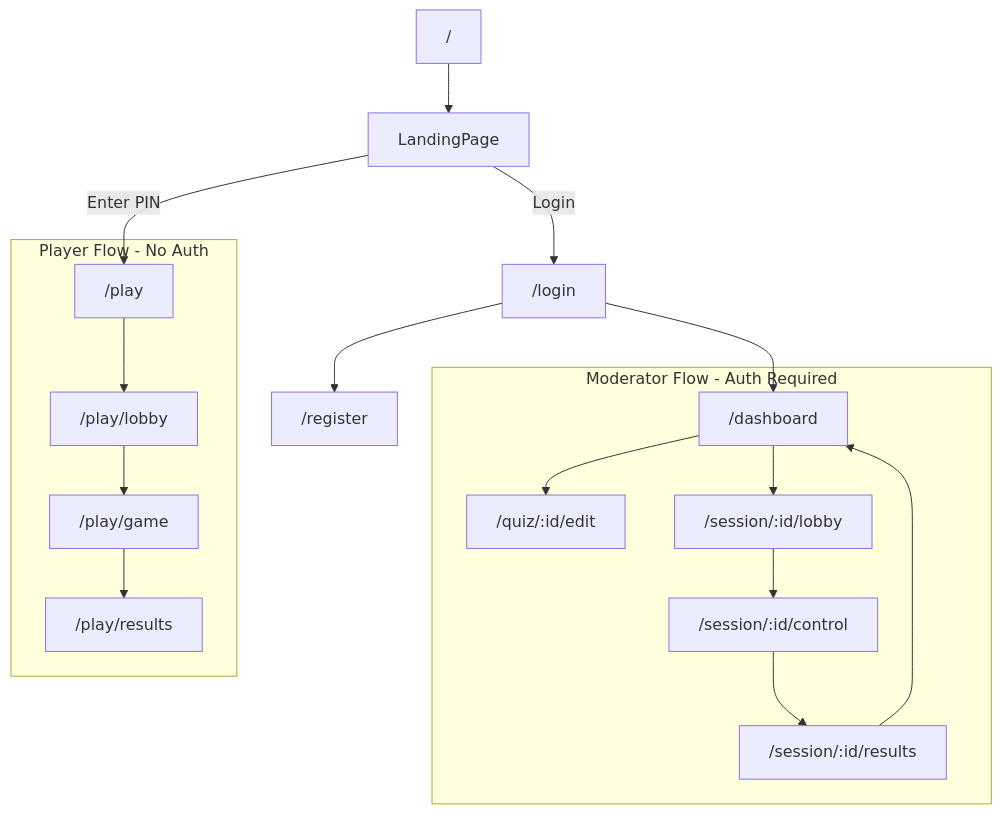
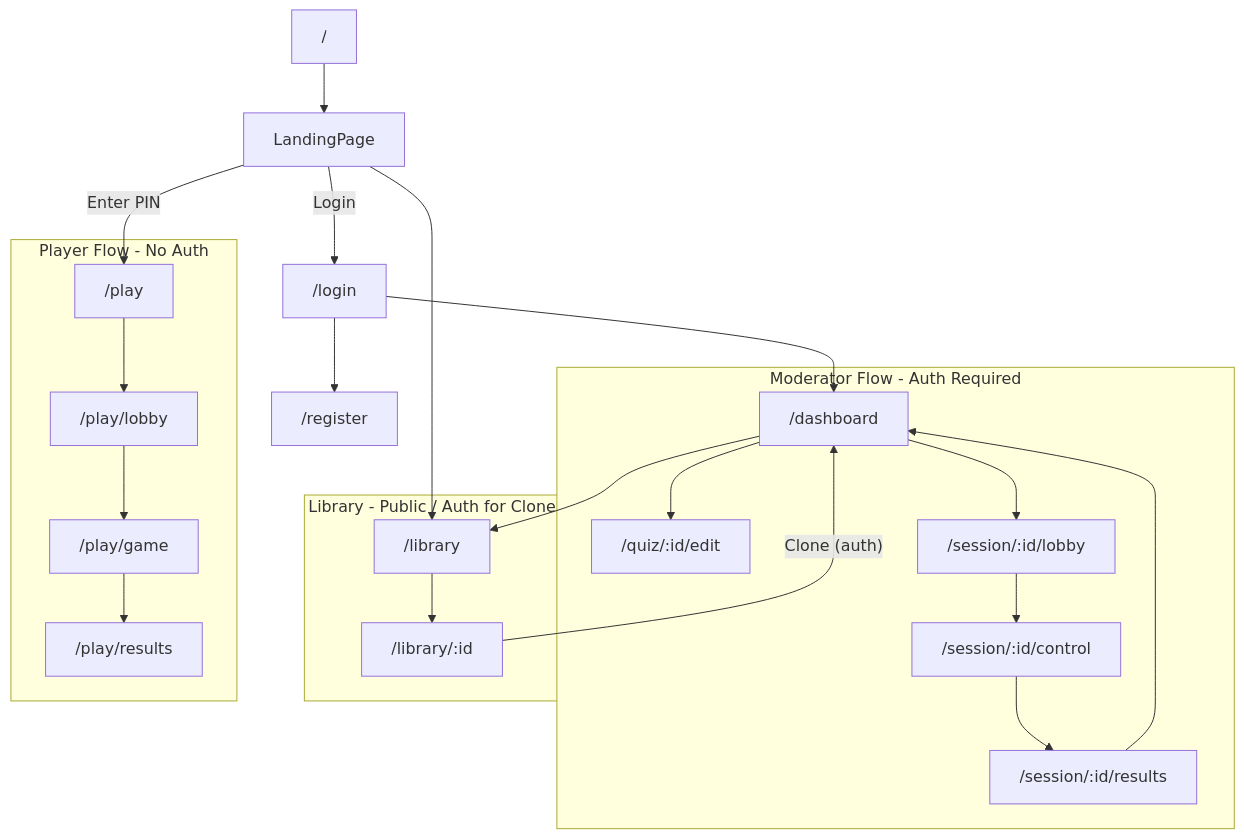
The fifth of 5 diagrams in docs/Architektur.md (anshamray/Answr), drawn with Mermaid before and after one commit. The commit also changed other lines of this file and 33 other files, not shown here.

````diff
--- a/docs/Architektur.md
+++ b/docs/Architektur.md
@@ -275,33 +313,42 @@
 ```mermaid
 flowchart TD
   Root["/"] --> Landing["LandingPage"]
   Landing -->|"Enter PIN"| PlayerJoin["/play"]
   Landing -->|"Login"| Login["/login"]
   Login --> Register["/register"]
 
   subgraph mod [Moderator Flow - Auth Required]
     Dashboard["/dashboard"]
     QuizEdit["/quiz/:id/edit"]
     Lobby["/session/:id/lobby"]
     GameControl["/session/:id/control"]
     Results["/session/:id/results"]
   end
 
+  subgraph lib [Library - Public / Auth for Clone]
+    Library["/library"]
+    LibraryDetail["/library/:id"]
+  end
+
   Login --> Dashboard
+  Landing --> Library
+  Dashboard --> Library
+  Library --> LibraryDetail
+  LibraryDetail -->|"Clone (auth)"| Dashboard
   Dashboard --> QuizEdit
   Dashboard --> Lobby
   Lobby --> GameControl
   GameControl --> Results
   Results --> Dashboard
 
   subgraph player [Player Flow - No Auth]
     PlayerJoin
     PlayerLobby["/play/lobby"]
     PlayerGame["/play/game"]
     PlayerResults["/play/results"]
   end
 
   PlayerJoin --> PlayerLobby
   PlayerLobby --> PlayerGame
   PlayerGame --> PlayerResults
 ```
````
